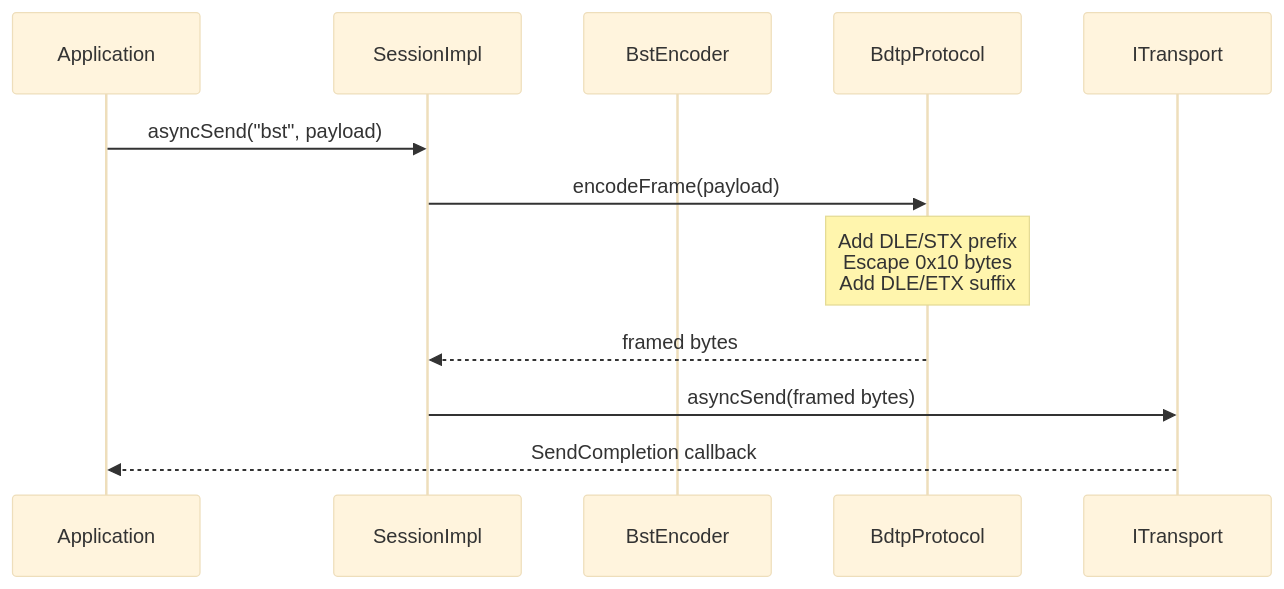
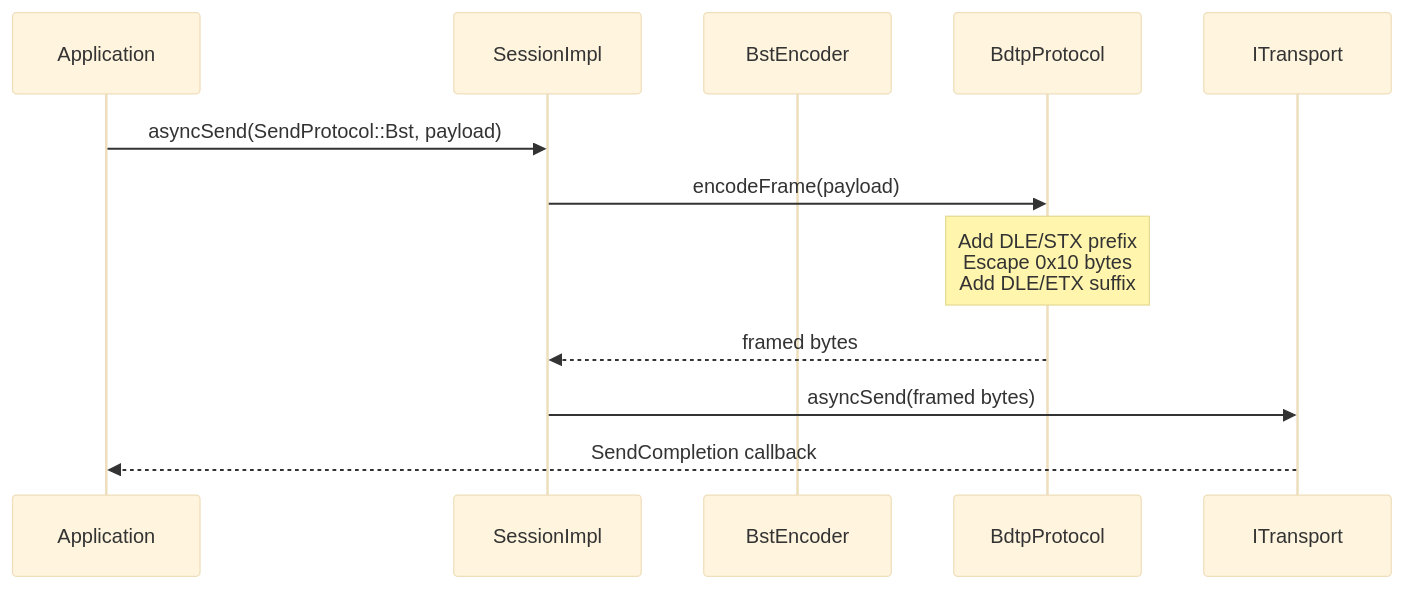
Before and after one commit to Actisense/SDK: the second of 10 diagrams in code/cpp/docs/message-flow.md, drawn with Mermaid (base theme). The commit also changed other lines of this file and 14 other files, not shown here.

````diff
--- a/code/cpp/docs/message-flow.md
+++ b/code/cpp/docs/message-flow.md
@@ -80,15 +80,15 @@
 ```mermaid
 sequenceDiagram
     participant App as Application
     participant Sess as SessionImpl
     participant Enc as BstEncoder
     participant BDTP as BdtpProtocol
     participant Trans as ITransport
 
-    App->>Sess: asyncSend("bst", payload)
+    App->>Sess: asyncSend(SendProtocol::Bst, payload)
     Sess->>BDTP: encodeFrame(payload)
     Note over BDTP: Add DLE/STX prefix<br/>Escape 0x10 bytes<br/>Add DLE/ETX suffix
     BDTP-->>Sess: framed bytes
     Sess->>Trans: asyncSend(framed bytes)
     Trans-->>App: SendCompletion callback
 ```
````
